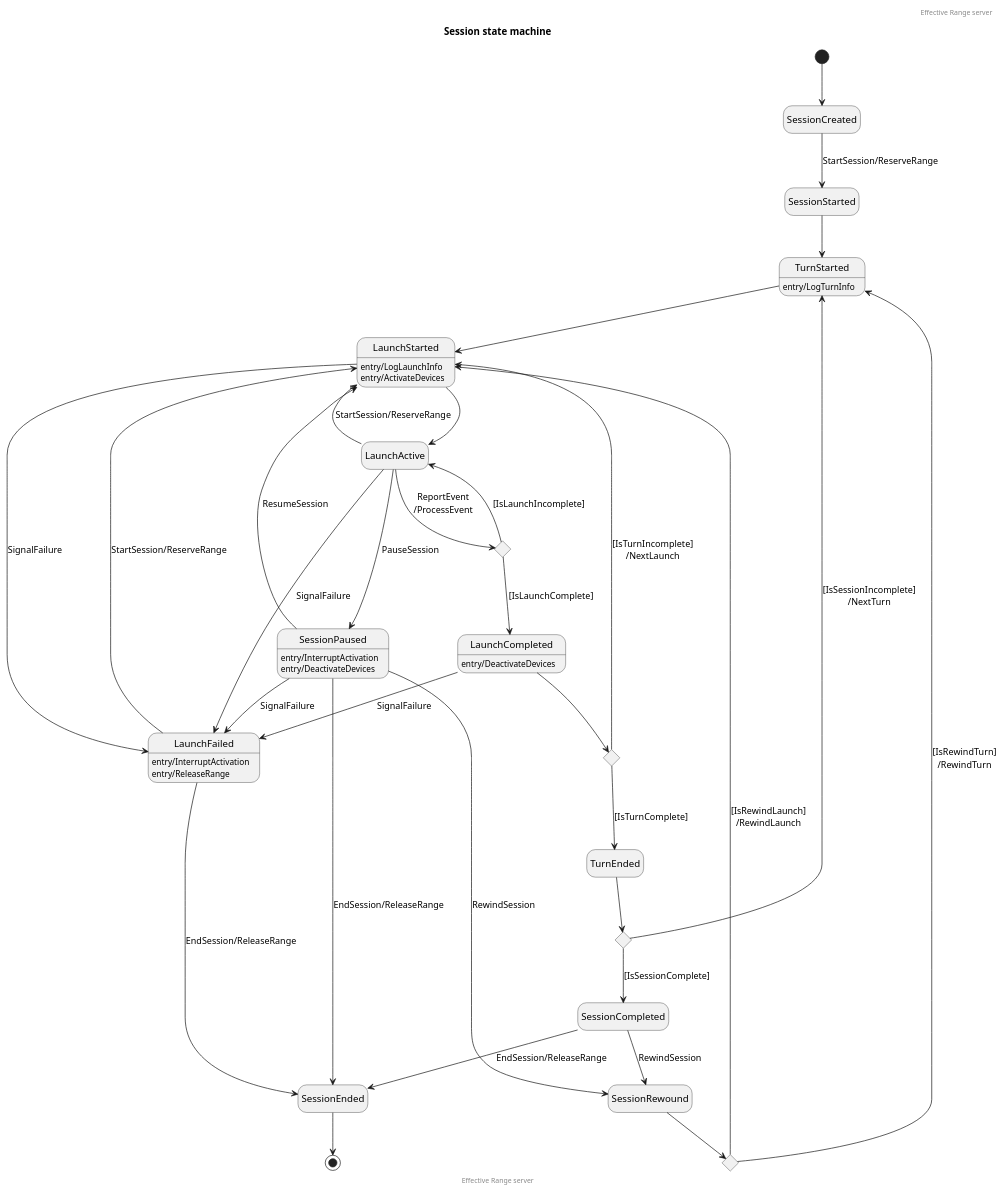
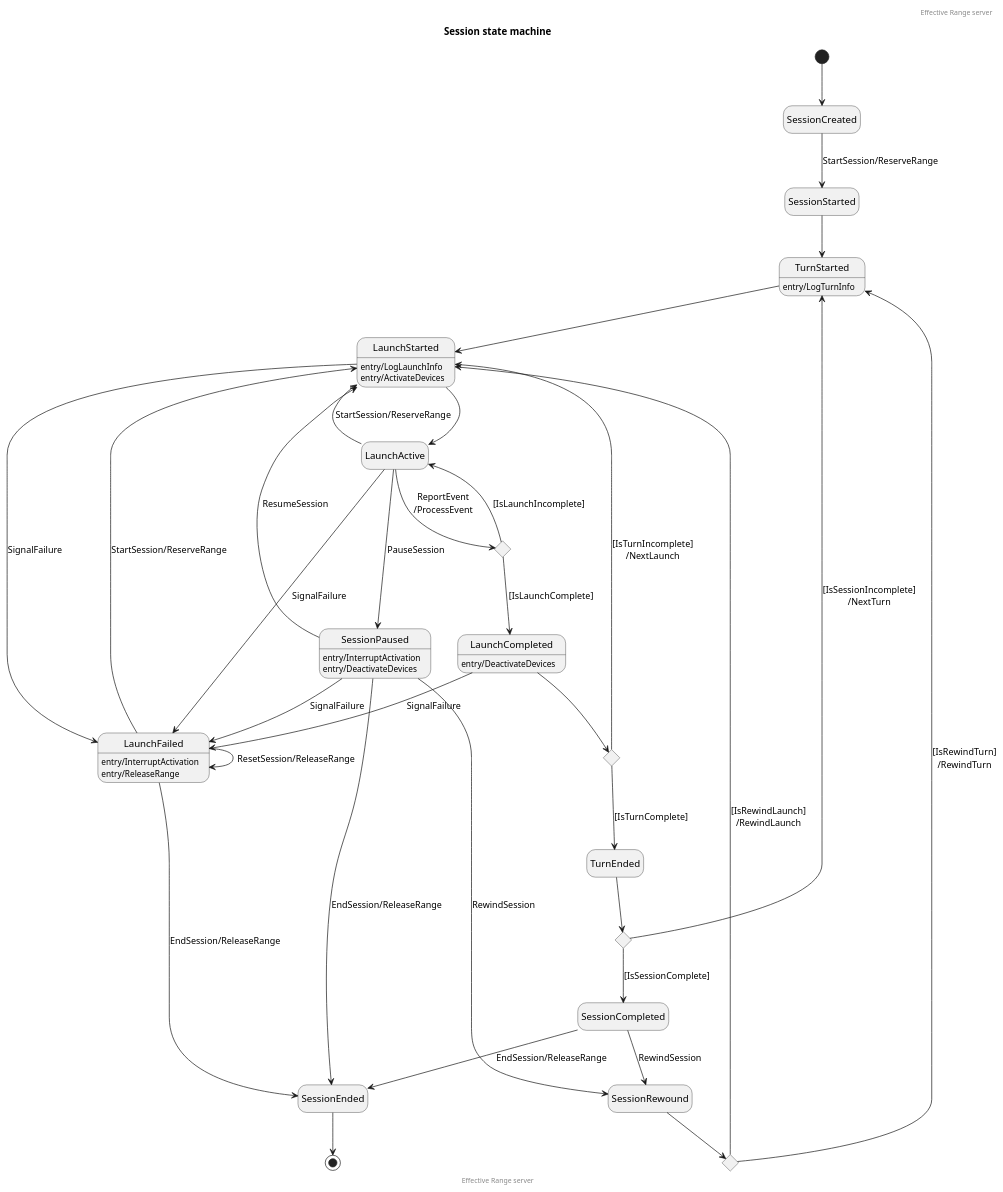
The diagram in state/server-session.puml (EffectiveRange/effective-range-api), drawn with PlantUML before and after one commit. The commit also changed 1 other file, not shown here.

```diff
--- a/state/server-session.puml
+++ b/state/server-session.puml
@@ -1,70 +1,71 @@
 @startuml
 hide empty description
 
 header Effective Range server
 title Session state machine
 
 [*] --> SessionCreated
 SessionCreated --> SessionStarted : StartSession/ReserveRange
 SessionStarted --> TurnStarted
 TurnStarted : entry/LogTurnInfo
 TurnStarted --> LaunchStarted
 
 LaunchStarted : entry/LogLaunchInfo
 LaunchStarted : entry/ActivateDevices
 LaunchStarted --> LaunchActive
 
 state LaunchActiveChoice <<choice>>
 
 ' Successful launch
 LaunchActive --> LaunchActiveChoice : ReportEvent\n/ProcessEvent
 LaunchActiveChoice --> LaunchActive : [IsLaunchIncomplete]
 LaunchActiveChoice --> LaunchCompleted : [IsLaunchComplete]
 LaunchCompleted : entry/DeactivateDevices
 
 state LaunchCompleteChoice <<choice>>
 
 LaunchCompleted --> LaunchCompleteChoice
 LaunchCompleteChoice --> LaunchStarted : [IsTurnIncomplete]\n/NextLaunch
 LaunchCompleteChoice --> TurnEnded : [IsTurnComplete]
 
 ' Failed launch
 LaunchStarted --> LaunchFailed : SignalFailure
 LaunchActive --> LaunchFailed : SignalFailure
 SessionPaused --> LaunchFailed : SignalFailure
 LaunchCompleted --> LaunchFailed : SignalFailure
 LaunchFailed : entry/InterruptActivation
 LaunchFailed : entry/ReleaseRange
 LaunchFailed --> LaunchStarted : StartSession/ReserveRange
+LaunchFailed --> LaunchFailed : ResetSession/ReleaseRange
 LaunchFailed --> SessionEnded : EndSession/ReleaseRange
 
 ' Paused session
 LaunchActive --> SessionPaused : PauseSession
 SessionPaused : entry/InterruptActivation
 SessionPaused : entry/DeactivateDevices
 SessionPaused --> LaunchStarted : ResumeSession
 SessionPaused --> SessionEnded : EndSession/ReleaseRange
 
 ' Continue session after server restart
 LaunchActive --> LaunchStarted : StartSession/ReserveRange
 
 ' Rewound session
 state SessionRewoundChoice <<choice>>
 
 SessionPaused --> SessionRewound : RewindSession
 SessionRewound --> SessionRewoundChoice
 SessionRewoundChoice --> LaunchStarted : [IsRewindLaunch]\n/RewindLaunch
 SessionRewoundChoice --> TurnStarted : [IsRewindTurn]\n/RewindTurn
 
 state TurnEndedChoice <<choice>>
 
 TurnEnded --> TurnEndedChoice
 TurnEndedChoice --> TurnStarted : [IsSessionIncomplete]\n/NextTurn
 TurnEndedChoice --> SessionCompleted : [IsSessionComplete]
 SessionCompleted --> SessionRewound : RewindSession
 SessionCompleted --> SessionEnded : EndSession/ReleaseRange
 SessionEnded --> [*]
 
 footer Effective Range server
 
 @enduml
```
